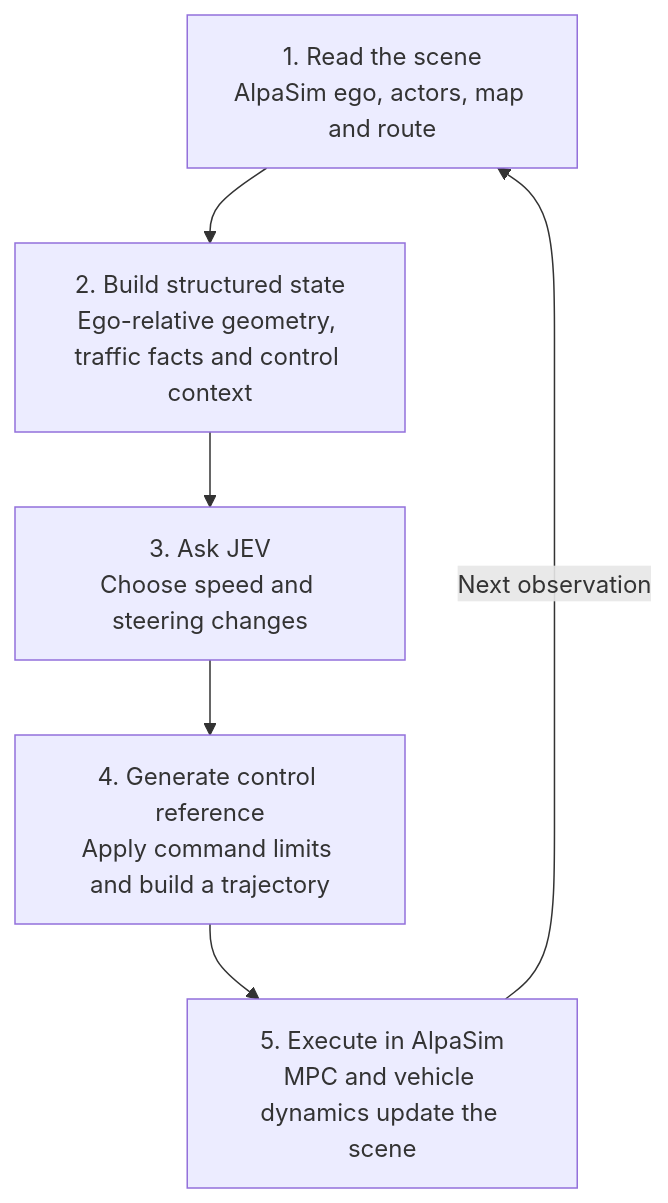
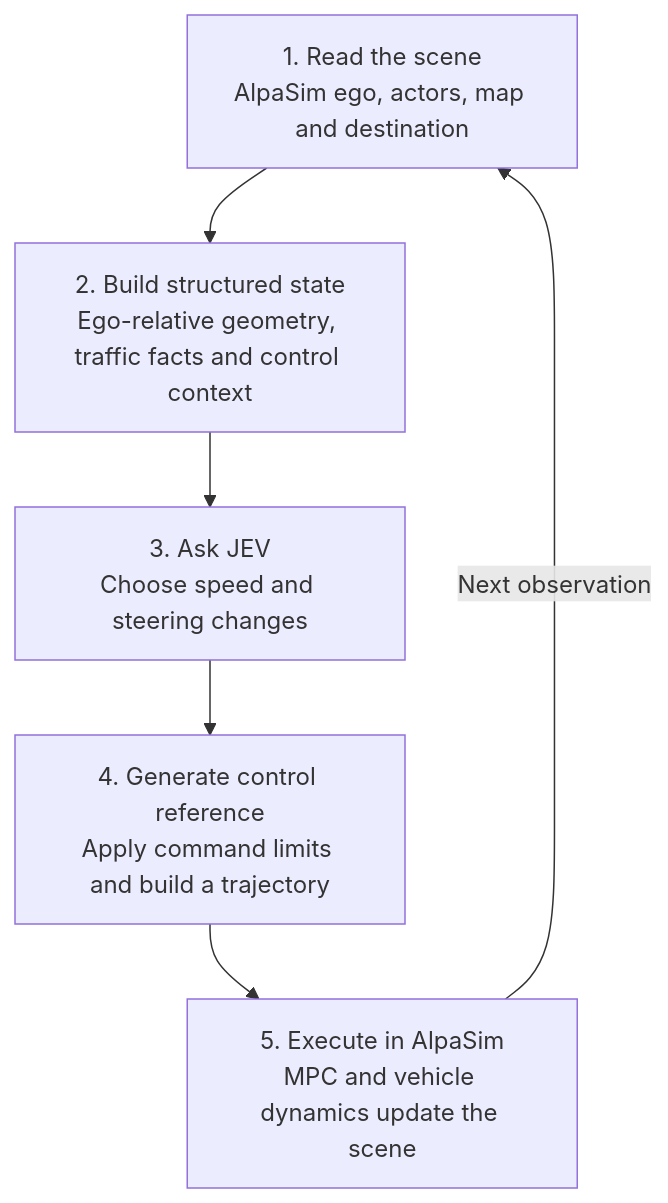
Before and after one commit to CATS-Lab/JEV-Drive: the diagram in docs/full-workflow.md, drawn with Mermaid. The commit also changed other lines of this file and 3 other files, not shown here.

Commit message:
Clarify destination flow and historical navigation illustrations

````diff
--- a/docs/full-workflow.md
+++ b/docs/full-workflow.md
@@ -7,10 +7,10 @@
 ```mermaid
 flowchart TD
-    A["1. Read the scene<br/>AlpaSim ego, actors, map and route"]
+    A["1. Read the scene<br/>AlpaSim ego, actors, map and destination"]
     B["2. Build structured state<br/>Ego-relative geometry, traffic facts and control context"]
     C["3. Ask JEV<br/>Choose speed and steering changes"]
     D["4. Generate control reference<br/>Apply command limits and build a trajectory"]
     E["5. Execute in AlpaSim<br/>MPC and vehicle dynamics update the scene"]
     A --> B --> C --> D --> E
     E -->|Next observation| A
 ```
````
